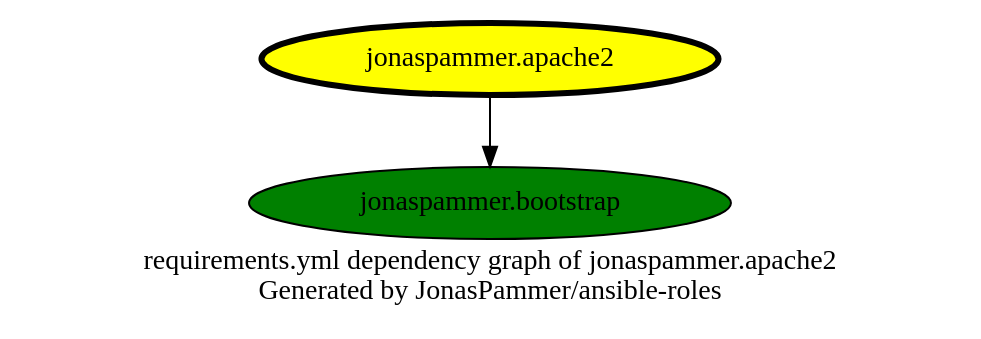
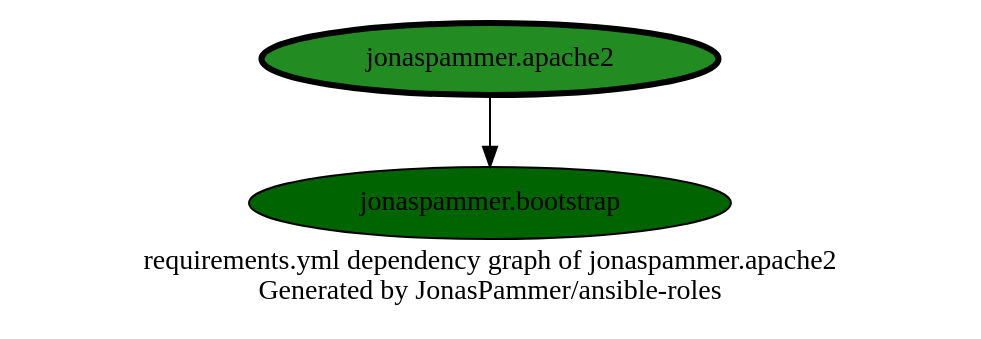
The diagram in graphs/dependencies_apache2.dot (JonasPammer/ansible-roles), drawn with Graphviz before and after one commit. The commit also changed 33 other files, not shown here.

```diff
--- a/graphs/dependencies_apache2.dot
+++ b/graphs/dependencies_apache2.dot
@@ -1,13 +1,13 @@
 // This file is generated from `templates/dependencies_single.adoc.jinja2` by Github CI, all local changes will be lost eventually.
 digraph hierarchy {
   label = "requirements.yml dependency graph of jonaspammer.apache2 \n Generated by JonasPammer/ansible-roles" ;
   overlap=false
 
   {
-    "jonaspammer.apache2" [fillcolor=yellow style=filled penwidth=3]
-    "jonaspammer.bootstrap" [fillcolor=green style=filled ]
+    "jonaspammer.apache2" [fillcolor=forestgreen style=filled penwidth=3]
+    "jonaspammer.bootstrap" [fillcolor=darkgreen style=filled ]
   }
 
 
   "jonaspammer.apache2" -> {"jonaspammer.bootstrap"}
 }
```
